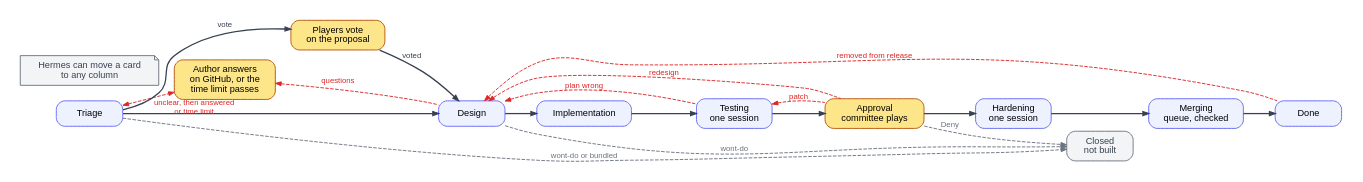
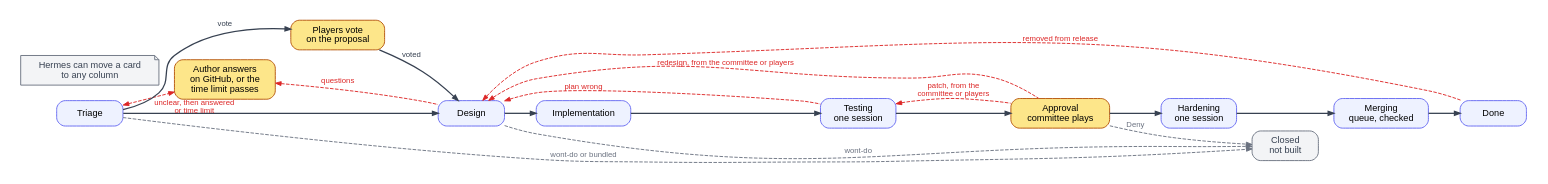
One commit to ROAM-game-org/road-machiners changed the diagram in factory/docs/diagrams/lifecycle.dot. Above: the diagram before and after it, drawn with Graphviz. The commit also changed 3 other files, not shown here.

Commit message:
Public inputs diagram shows voting, build feedback and game reports as three lanes, and the lifecycle names player routes

```diff
--- a/factory/docs/diagrams/lifecycle.dot
+++ b/factory/docs/diagrams/lifecycle.dot
@@ -1,30 +1,30 @@
 // Card lifecycle. Black: normal path. Red: loops back. Grey: ends early. Yellow: waits for people, and the author wait has a time limit.
 digraph lifecycle {
   rankdir=LR; nodesep=0.3; ranksep=0.6; bgcolor=white; pad=0.3; forcelabels=true;
   node [shape=box, style="rounded,filled", fillcolor="#eef2ff", color="#6366f1", fontname="Helvetica", fontsize=13, margin="0.2,0.1", penwidth=1.3, width=1.3];
   edge [color="#374151", penwidth=1.8, arrowsize=0.8, fontname="Helvetica", fontsize=11];
   T [label="Triage"]; D [label="Design"]; I [label="Implementation"];
   P [label="Testing\none session"]; A [label="Approval\ncommittee plays", fillcolor="#fde68a", color="#b45309"];
   H [label="Hardening\none session"]; G [label="Merging\nqueue, checked"]; M [label="Done"];
   W [label="Author answers\non GitHub, or the\ntime limit passes", fillcolor="#fde68a", color="#b45309"];
   V [label="Players vote\non the proposal", fillcolor="#fde68a", color="#b45309"];
   N [label="Hermes can move a card\nto any column", shape=note, style=filled, fillcolor="#f3f4f6", color="#6b7280", fontcolor="#374151"];
   X [label="Closed\nnot built", fillcolor="#f3f4f6", color="#6b7280", fontcolor="#374151"];
   T -> D -> I -> P -> A -> H -> G -> M [weight=100];
   // A loop is drawn as a forward edge with its arrow reversed, so it never bends the main line.
   edge [color="#dc2626", fontcolor="#dc2626", style=dashed, penwidth=1.3, dir=back, weight=0];
   T -> W [xlabel="unclear, then answered\nor time limit", dir=both, constraint=false];
   W -> D [label="questions"];
   edge [color="#374151", fontcolor="#374151", style=solid, penwidth=1.8, dir=forward, weight=0];
   T -> V [label="vote"];
   V -> D [label="voted"];
   edge [color="#dc2626", fontcolor="#dc2626", style=dashed, penwidth=1.3, dir=back, weight=0];
   D -> P [label="plan wrong"];
-  P -> A [label="patch"];
-  D -> A [label="redesign"];
+  P -> A [label="patch, from the\ncommittee or players"];
+  D -> A [label="redesign, from the committee or players"];
   D -> M [label="removed from release"];
   edge [color="#6b7280", fontcolor="#6b7280", style=dashed, penwidth=1.3, dir=forward, weight=0];
   T -> X [label="wont-do or bundled"];
   D -> X [label="wont-do"];
   A -> X [label="Deny"];
 }
```
